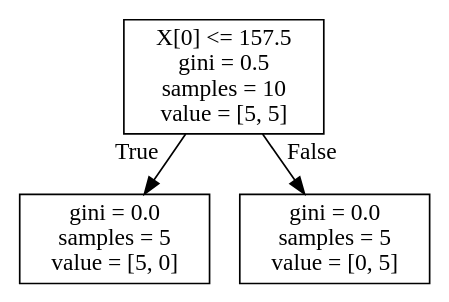
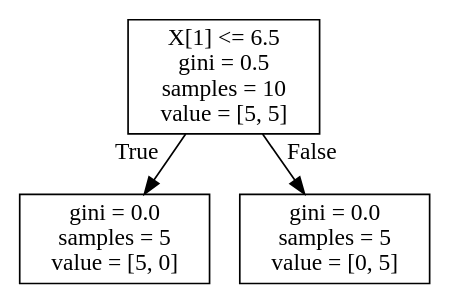
Before and after one commit to yahui624/Hackers: the diagram in Hackers/DecisionTree/fruit_classifer.dot, drawn with Graphviz. The commit also changed 2 other files, not shown here.

```diff
--- a/Hackers/DecisionTree/fruit_classifer.dot
+++ b/Hackers/DecisionTree/fruit_classifer.dot
@@ -1,8 +1,8 @@
 digraph Tree {
 node [shape=box] ;
-0 [label="X[0] <= 157.5\ngini = 0.5\nsamples = 10\nvalue = [5, 5]"] ;
+0 [label="X[1] <= 6.5\ngini = 0.5\nsamples = 10\nvalue = [5, 5]"] ;
 1 [label="gini = 0.0\nsamples = 5\nvalue = [5, 0]"] ;
 0 -> 1 [labeldistance=2.5, labelangle=45, headlabel="True"] ;
 2 [label="gini = 0.0\nsamples = 5\nvalue = [0, 5]"] ;
 0 -> 2 [labeldistance=2.5, labelangle=-45, headlabel="False"] ;
 }
```
